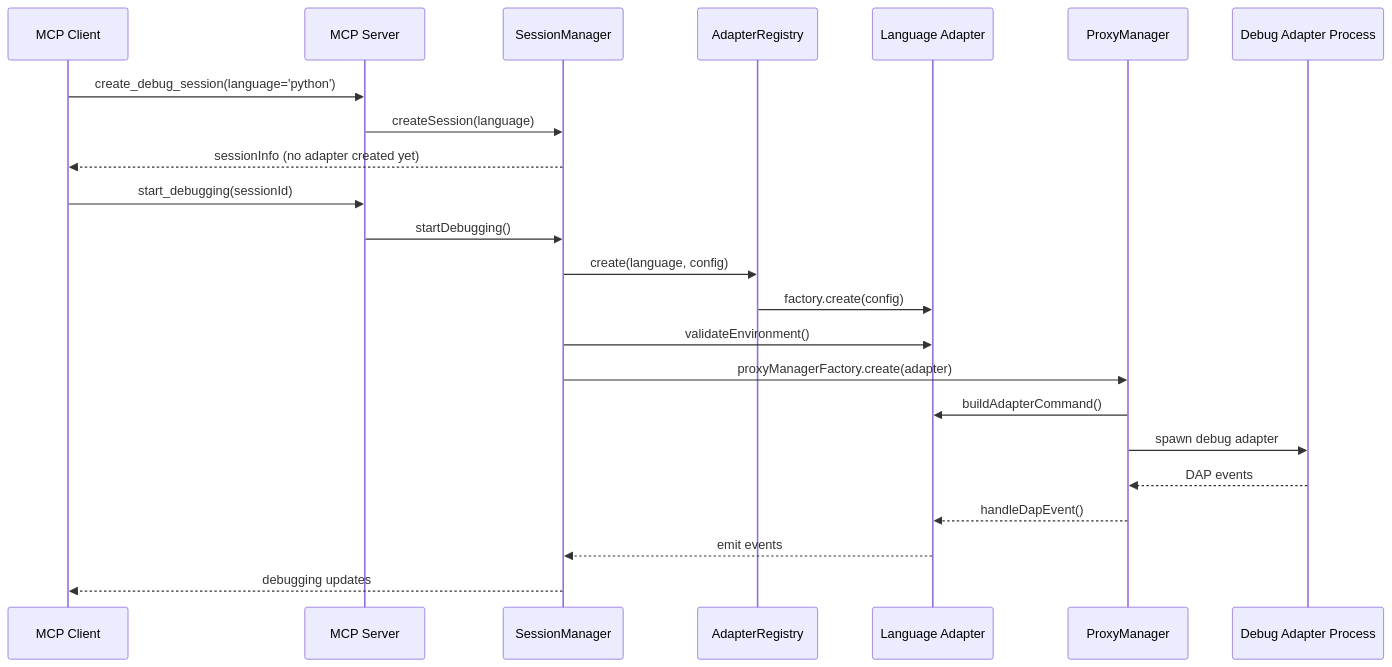
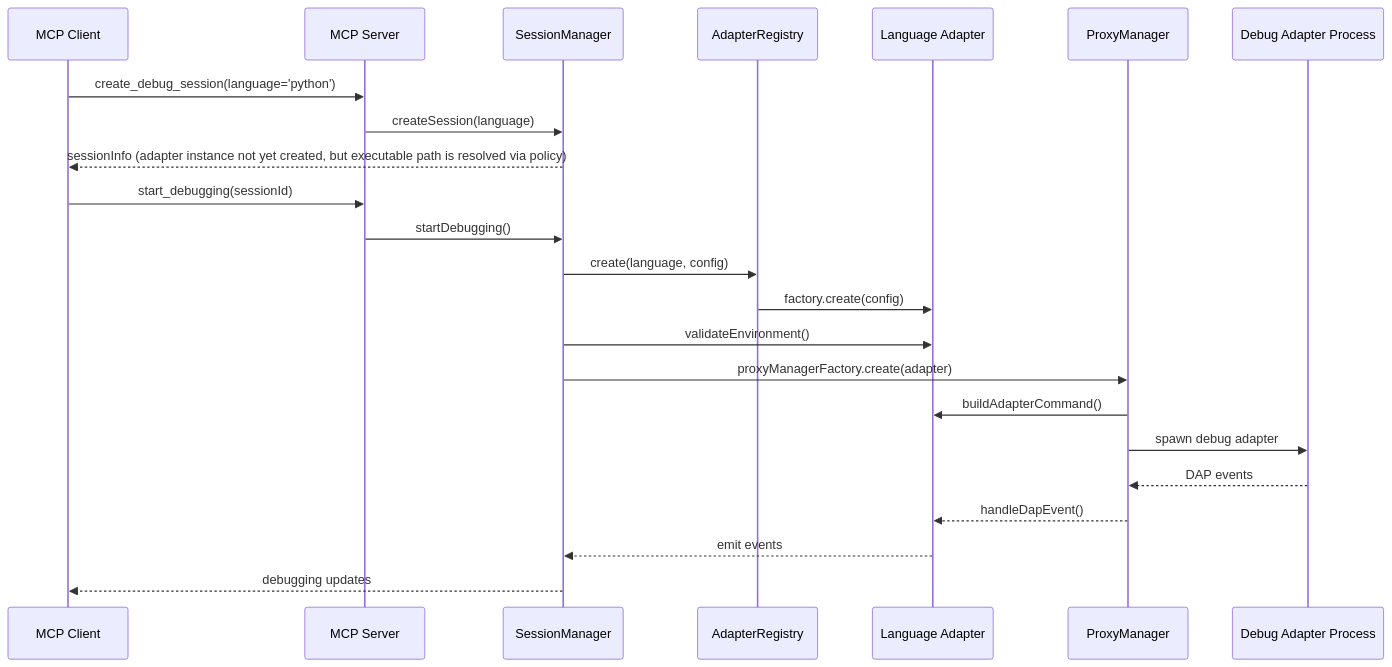
Before and after one commit to debugmcp/mcp-debugger: the diagram in docs/architecture/README.md, drawn with Mermaid. The commit also changed other lines of this file and 77 other files, not shown here.

````diff
--- a/docs/architecture/README.md
+++ b/docs/architecture/README.md
@@ -70,28 +70,28 @@
 ```mermaid
 sequenceDiagram
     participant Client as MCP Client
     participant Server as MCP Server
     participant SM as SessionManager
     participant AR as AdapterRegistry
     participant Adapter as Language Adapter
     participant PM as ProxyManager
     participant DAP as Debug Adapter Process
     
     Client->>Server: create_debug_session(language='python')
     Server->>SM: createSession(language)
-    SM-->>Client: sessionInfo (no adapter created yet)
+    SM-->>Client: sessionInfo (adapter instance not yet created, but executable path is resolved via policy)
 
     Client->>Server: start_debugging(sessionId)
     Server->>SM: startDebugging()
     SM->>AR: create(language, config)
     AR->>Adapter: factory.create(config)
     SM->>Adapter: validateEnvironment()
     SM->>PM: proxyManagerFactory.create(adapter)
     PM->>Adapter: buildAdapterCommand()
     PM->>DAP: spawn debug adapter
     
     DAP-->>PM: DAP events
     PM-->>Adapter: handleDapEvent()
     Adapter-->>SM: emit events
     SM-->>Client: debugging updates
 ```
````
